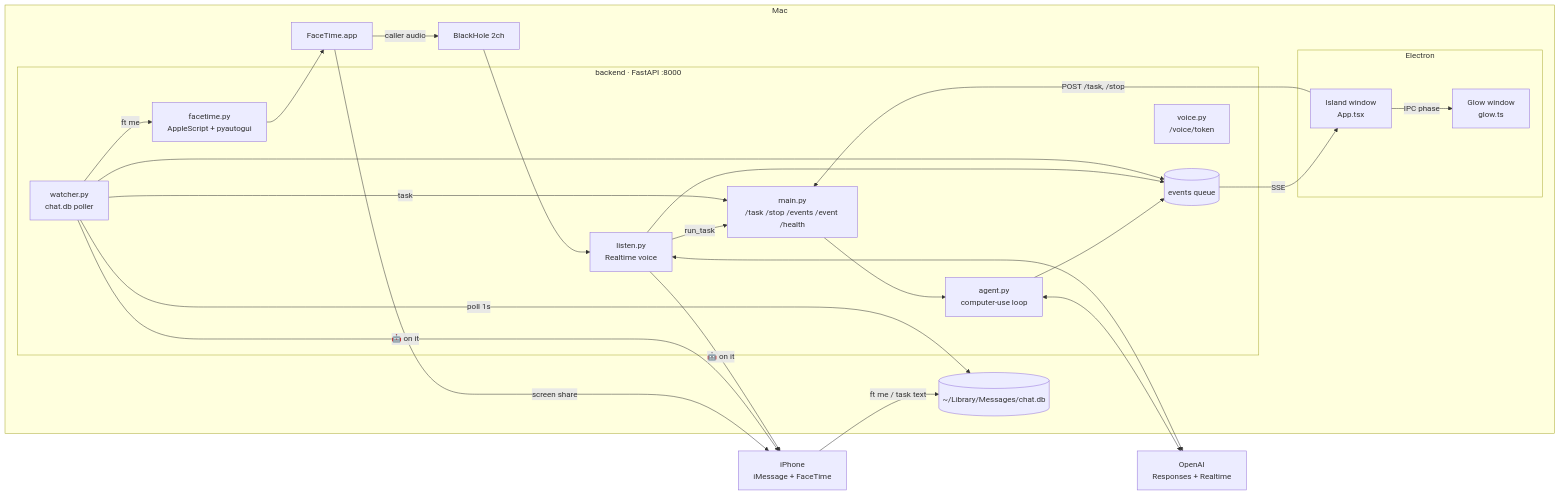
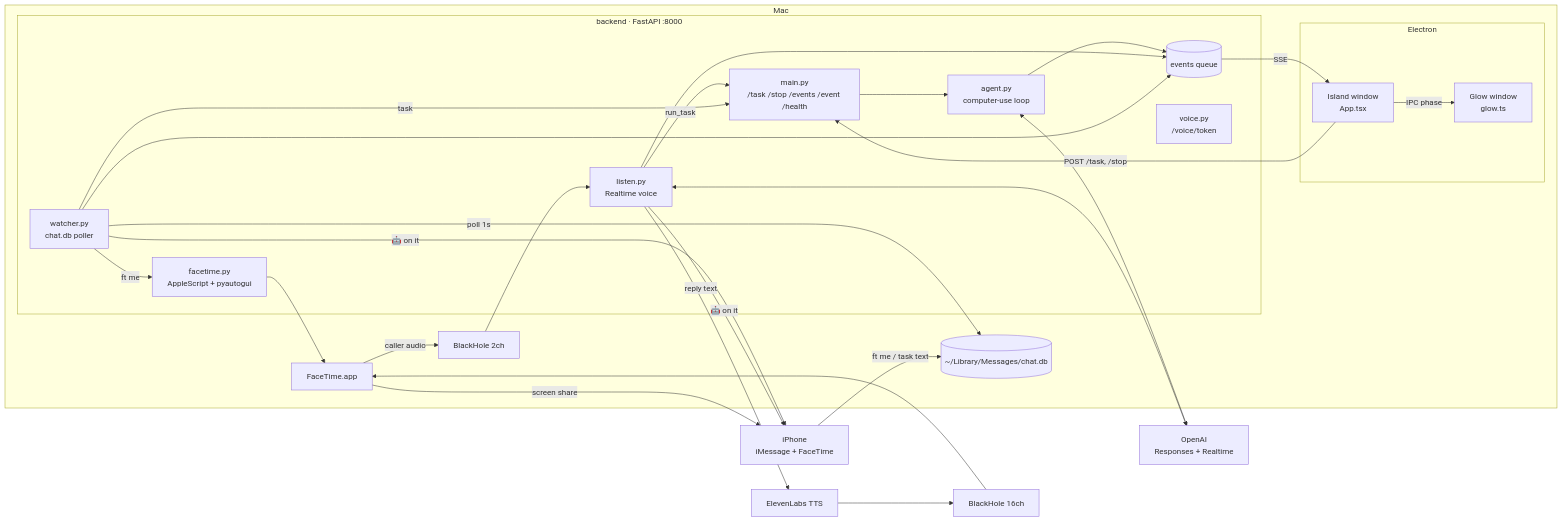
Before and after one commit to kevinthephntm/phntm: the first of 3 diagrams in docs/design.md, drawn with Mermaid. The commit also changed other lines of this file and 5 other files, not shown here.

Commit message:
Speak Phantom's replies to the caller via ElevenLabs

````diff
--- a/docs/design.md
+++ b/docs/design.md
@@ -12,40 +12,43 @@
 ```mermaid
 flowchart LR
   Phone[iPhone<br/>iMessage + FaceTime]
   subgraph Mac
     subgraph Backend[backend · FastAPI :8000]
       W[watcher.py<br/>chat.db poller]
       F[facetime.py<br/>AppleScript + pyautogui]
       L[listen.py<br/>Realtime voice]
       A[agent.py<br/>computer-use loop]
       Q[(events queue)]
       API[main.py<br/>/task /stop /events /event /health]
       V[voice.py<br/>/voice/token]
     end
     subgraph Frontend[Electron]
       I[Island window<br/>App.tsx]
       G[Glow window<br/>glow.ts]
     end
     DB[(~/Library/Messages/chat.db)]
     BH2[BlackHole 2ch]
     FT[FaceTime.app]
   end
   OAI[OpenAI<br/>Responses + Realtime]
 
   Phone -- "ft me" / task text --> DB
   W -- poll 1s --> DB
   W -- ft me --> F
   F --> FT
   FT -- caller audio --> BH2 --> L
   L -- run_task --> API
+  L -- reply text --> EL[ElevenLabs TTS]
+  EL --> BH16[BlackHole 16ch]
+  BH16 --> FT
   W -- task --> API
   API --> A
   A <--> OAI
   L <--> OAI
   A & L & W --> Q
   Q -- SSE --> I
   I -- IPC phase --> G
   I -- POST /task, /stop --> API
   FT -- screen share --> Phone
   W & L -- "🤖 on it" --> Phone
 ```
````
